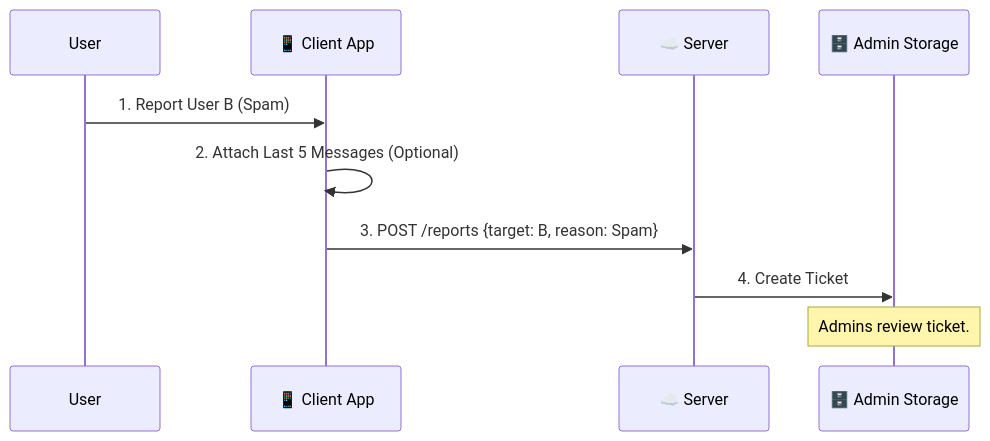
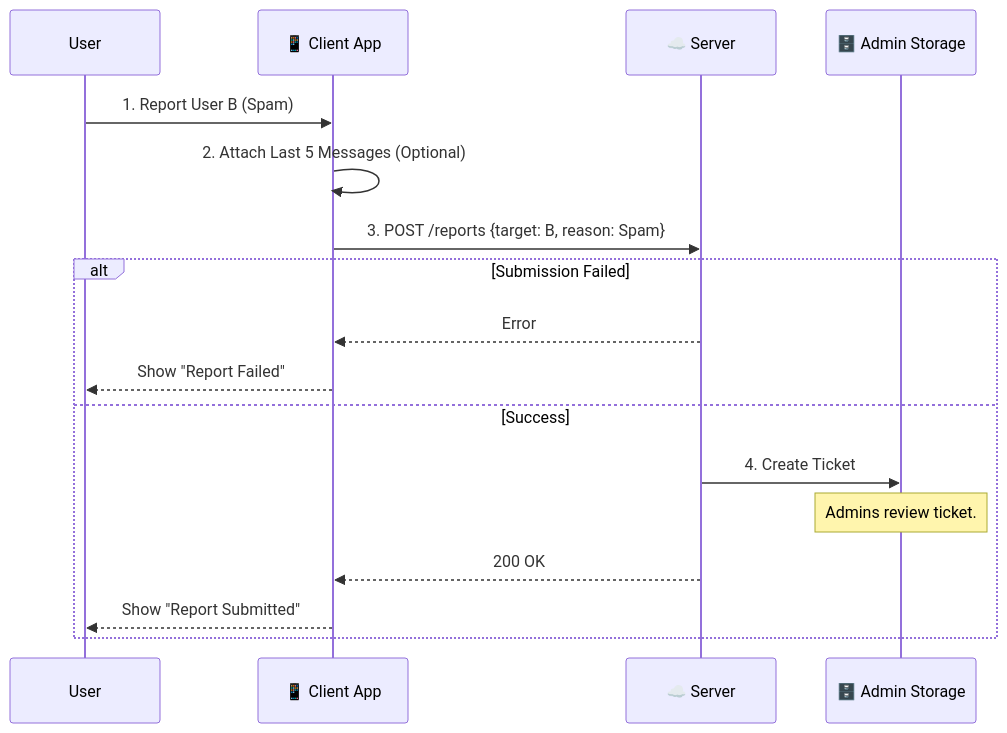
Diagram 12 of 18 in CompleteUseCaseFlows.md (pingappduniya-oss/Ping-App-Complete-Use-Case-Flows-Technical-Deep-Dive-), drawn with Mermaid before and after one commit. The commit also changed other lines of this file, not shown here.

````diff
--- a/CompleteUseCaseFlows.md
+++ b/CompleteUseCaseFlows.md
@@ -321,13 +343,21 @@
 ```mermaid
 sequenceDiagram
     participant User
     participant App as 📱 Client App
     participant Server as ☁️ Server
     participant AS as 🗄️ Admin Storage
 
     User->>App: 1. Report User B (Spam)
     App->>App: 2. Attach Last 5 Messages (Optional)
     App->>Server: 3. POST /reports {target: B, reason: Spam}
-    Server->>AS: 4. Create Ticket
-    Note over AS: Admins review ticket.
+    
+    alt Submission Failed
+        Server-->>App: Error
+        App-->>User: Show "Report Failed"
+    else Success
+        Server->>AS: 4. Create Ticket
+        Note over AS: Admins review ticket.
+        Server-->>App: 200 OK
+        App-->>User: Show "Report Submitted"
+    end
 ```
````
